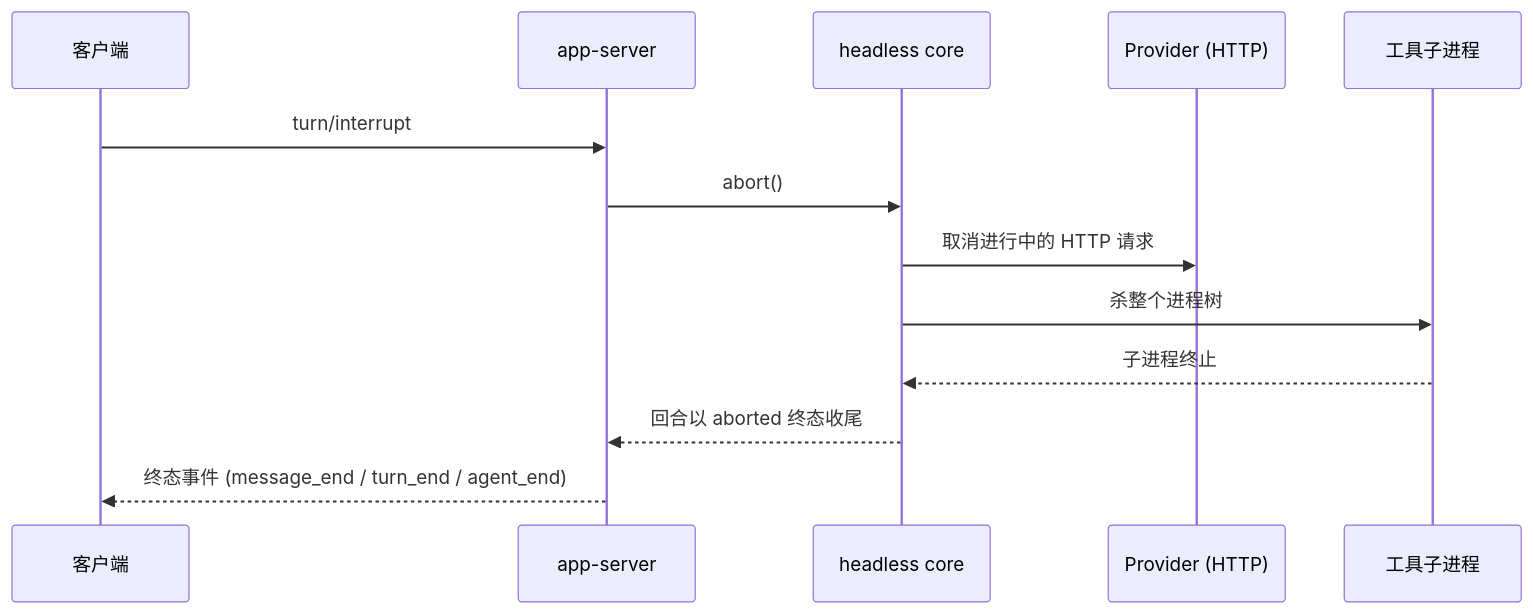
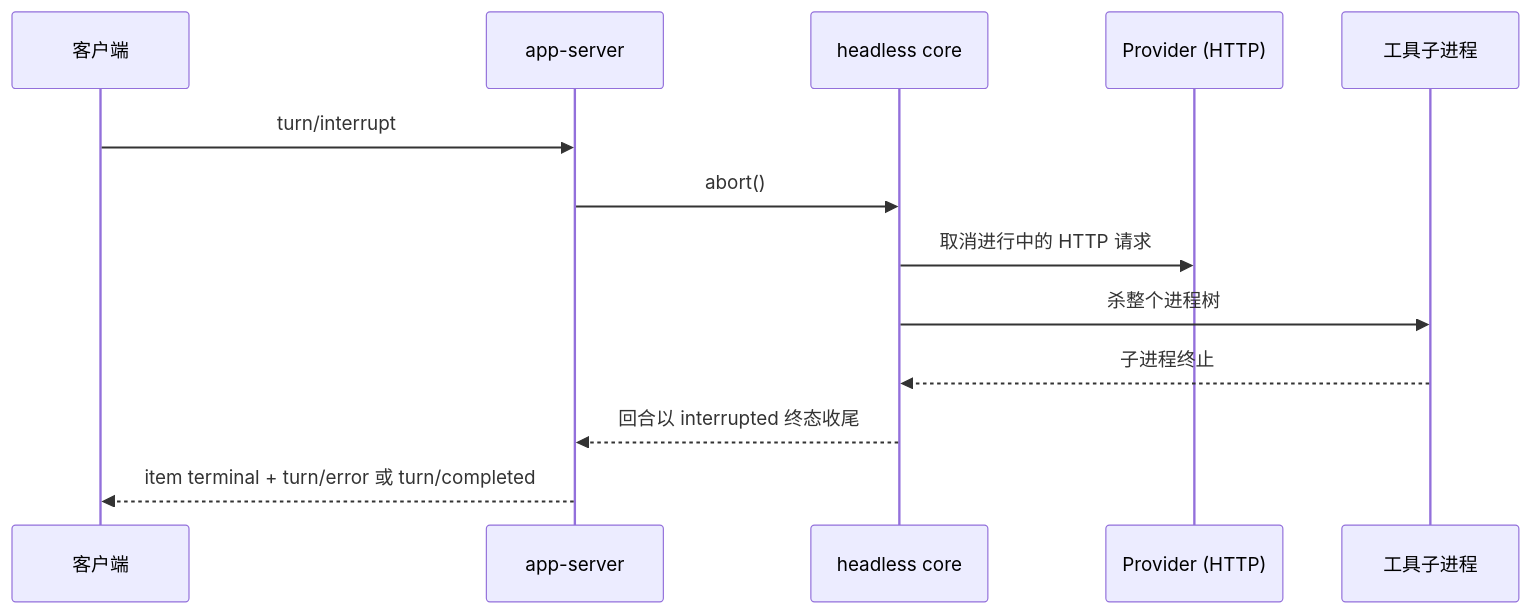
Before and after one commit to qjcnmd/singularity-agent: the seventh of 8 diagrams in docs/singularity.md, drawn with Mermaid. The commit also changed other lines of this file and 20 other files, not shown here.

````diff
--- a/docs/singularity.md
+++ b/docs/singularity.md
@@ -219,15 +221,15 @@
 ```mermaid
 sequenceDiagram
     participant U as 客户端
     participant S as app-server
     participant C as headless core
     participant P as Provider (HTTP)
     participant T as 工具子进程
     U->>S: turn/interrupt
     S->>C: abort()
     C->>P: 取消进行中的 HTTP 请求
     C->>T: 杀整个进程树
     T-->>C: 子进程终止
-    C-->>S: 回合以 aborted 终态收尾
-    S-->>U: 终态事件 (message_end / turn_end / agent_end)
+    C-->>S: 回合以 interrupted 终态收尾
+    S-->>U: item terminal + turn/error 或 turn/completed
 ```
````
